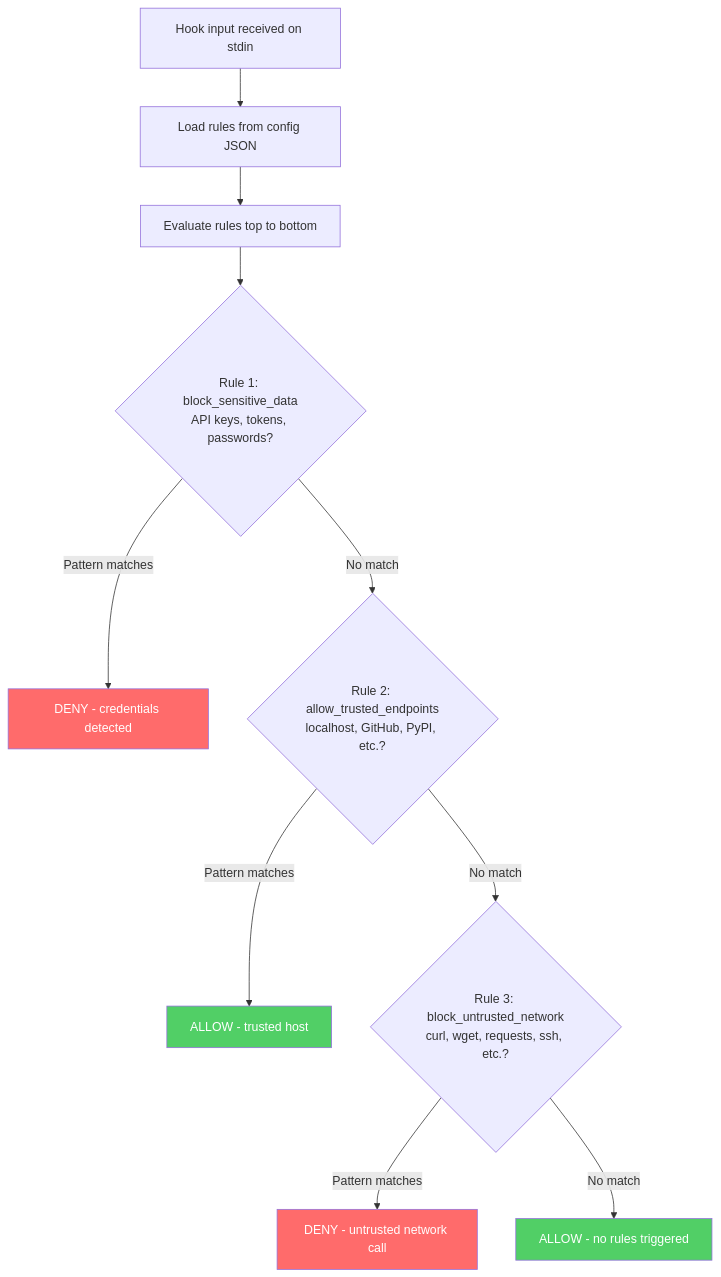
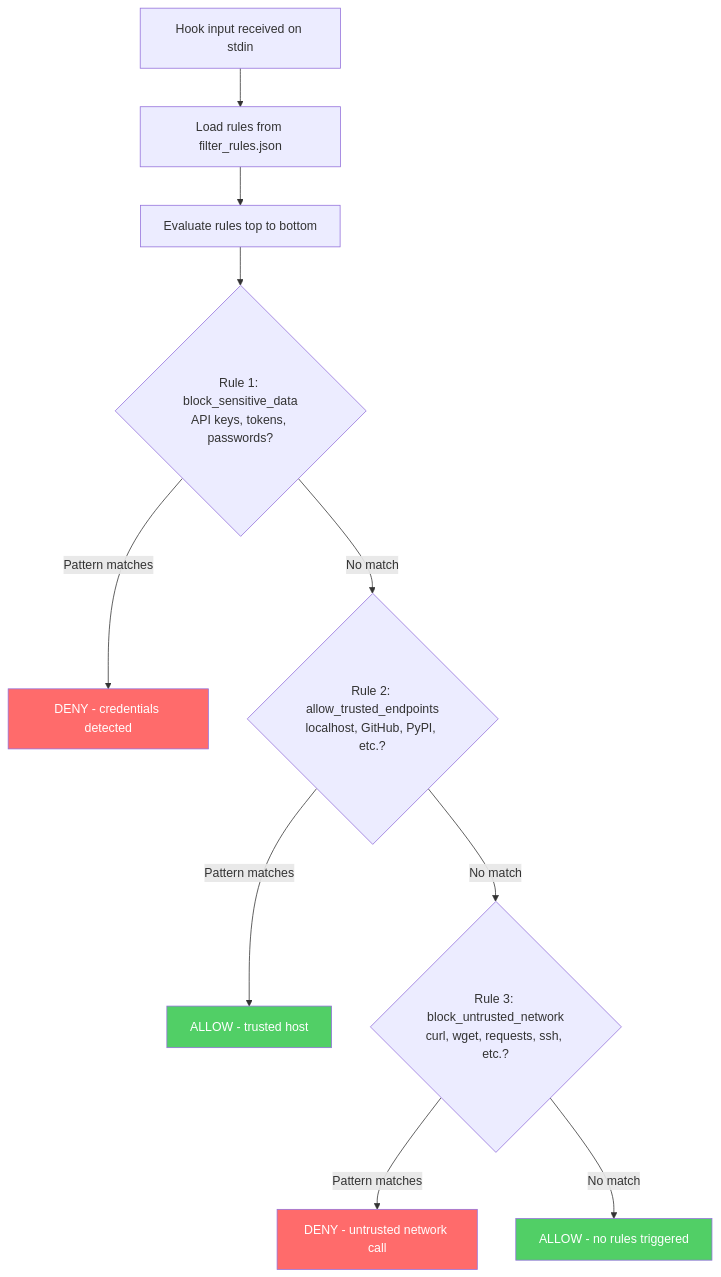
Before and after one commit to pipopoplin/hook-hole: the second of 3 diagrams in docs/sequence-diagram.md, drawn with Mermaid. The commit also changed other lines of this file and 11 other files, not shown here.

````diff
--- a/docs/sequence-diagram.md
+++ b/docs/sequence-diagram.md
@@ -50,18 +68,18 @@
 ```mermaid
 flowchart TD
-    A[Hook input received on stdin] --> B[Load rules from config JSON]
+    A[Hook input received on stdin] --> B[Load rules from filter_rules.json]
     B --> C[Evaluate rules top to bottom]
 
     C --> D{Rule 1: block_sensitive_data<br/>API keys, tokens, passwords?}
     D -->|Pattern matches| E[DENY - credentials detected]
     D -->|No match| F{Rule 2: allow_trusted_endpoints<br/>localhost, GitHub, PyPI, etc.?}
     F -->|Pattern matches| G[ALLOW - trusted host]
     F -->|No match| H{Rule 3: block_untrusted_network<br/>curl, wget, requests, ssh, etc.?}
     H -->|Pattern matches| I[DENY - untrusted network call]
     H -->|No match| J[ALLOW - no rules triggered]
 
     style E fill:#ff6b6b,color:#fff
     style I fill:#ff6b6b,color:#fff
     style G fill:#51cf66,color:#fff
     style J fill:#51cf66,color:#fff
 ```
````
